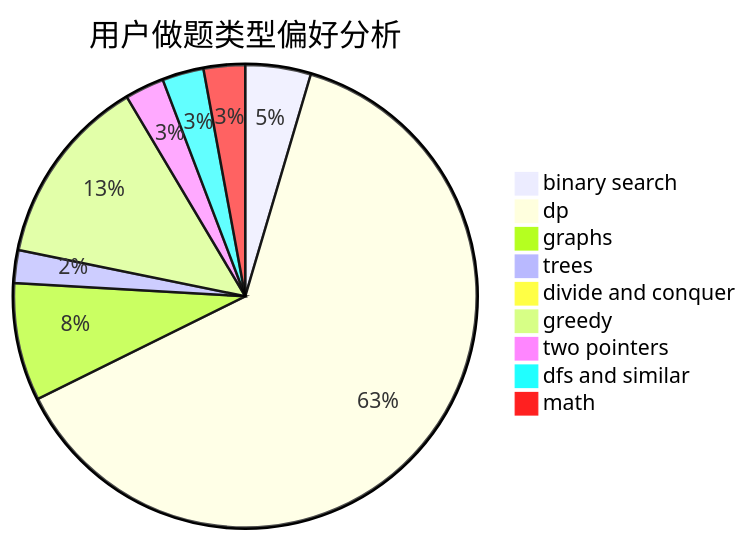
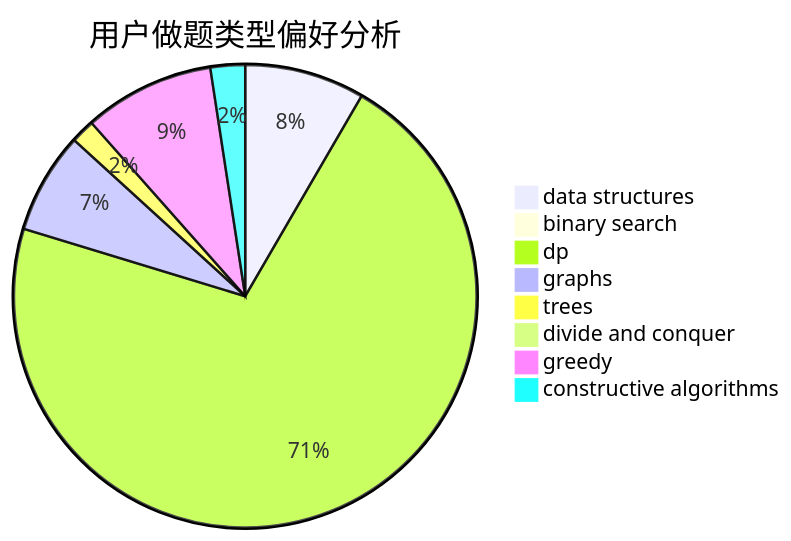
One commit to sherpahu/cfrs.github.io changed the second of 3 diagrams in docs/user/u157.md. Above: the diagram before and after it, drawn with Mermaid. The commit also changed other lines of this file and 2775 other files, not shown here.

````diff
--- a/docs/user/u157.md
+++ b/docs/user/u157.md
@@ -23,12 +23,11 @@
 ```mermaid
 pie title 用户做题类型偏好分析
-    "binary search" :  30
-    "dp" :  414
-    "graphs" :  54
-    "trees" :  15
-    "divide and conquer" :  6
-    "greedy" :  87
-    "two pointers" :  18
-    "dfs and similar" :  19
-    "math" :  19
+    "data structures" :  45
+    "binary search" :  5
+    "dp" :  383
+    "graphs" :  38
+    "trees" :  9
+    "divide and conquer" :  0
+    "greedy" :  49
+    "constructive algorithms" :  13
 ```
````
